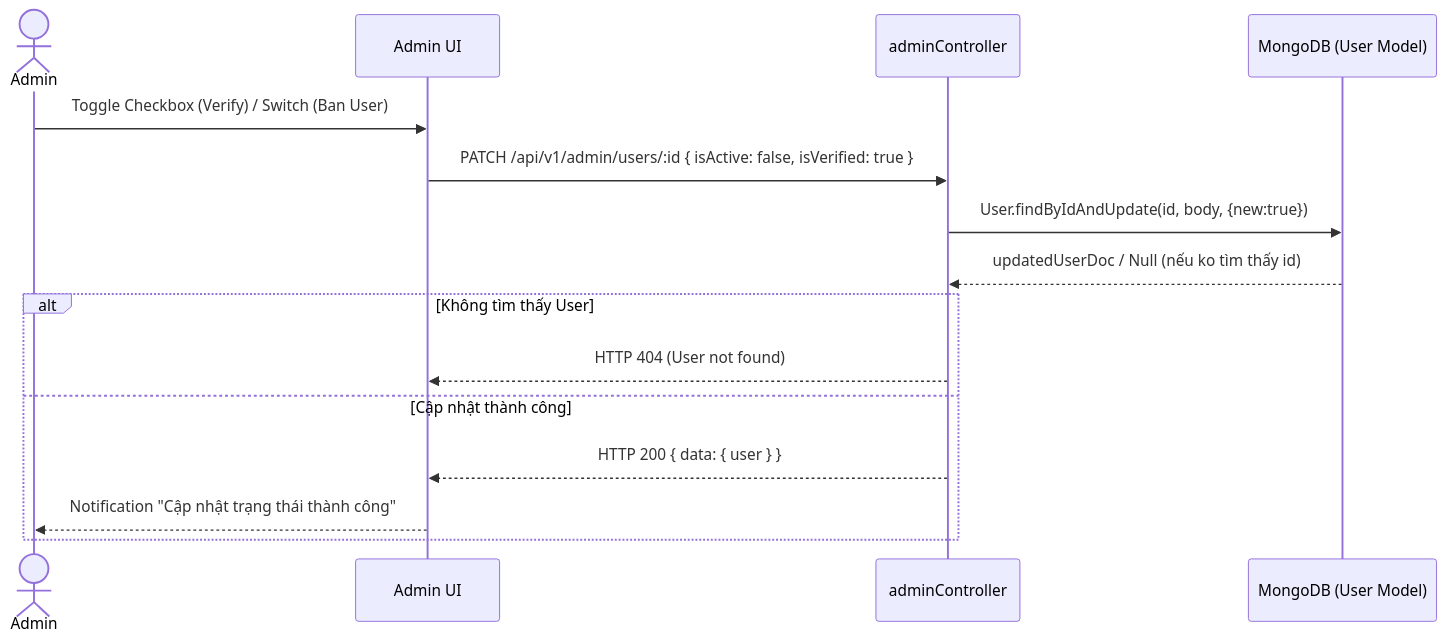
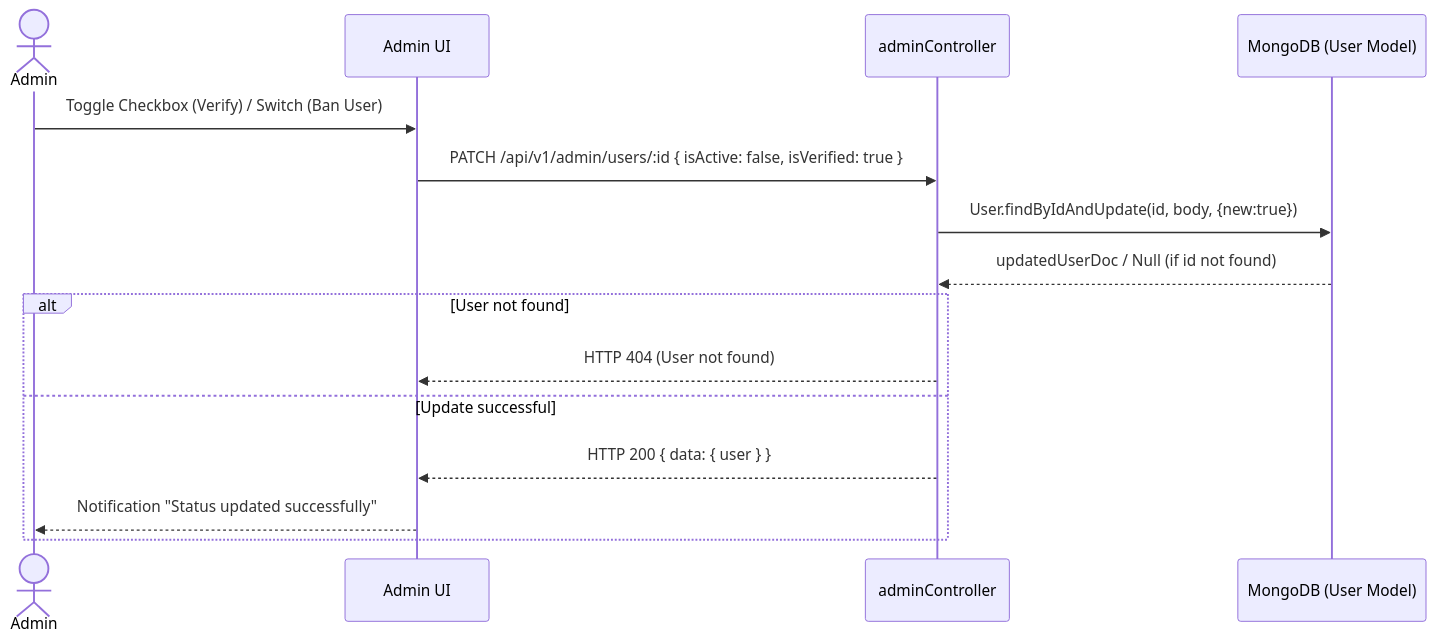
Diagram 12 of 13 in UC_Backend_Design_Details.md (dat-21/SWD392), drawn with Mermaid before and after one commit. The commit also changed other lines of this file and 1 other file, not shown here.

````diff
--- a/UC_Backend_Design_Details.md
+++ b/UC_Backend_Design_Details.md
@@ -295,18 +295,18 @@
 ```mermaid
 sequenceDiagram
     actor Admin
     participant FE as Admin UI
     participant Ctrl as adminController
     participant DB as MongoDB (User Model)
 
     Admin->>FE: Toggle Checkbox (Verify) / Switch (Ban User)
     FE->>Ctrl: PATCH /api/v1/admin/users/:id { isActive: false, isVerified: true }
     Ctrl->>DB: User.findByIdAndUpdate(id, body, {new:true})
-    DB-->>Ctrl: updatedUserDoc / Null (nếu ko tìm thấy id)
-    alt Không tìm thấy User
+    DB-->>Ctrl: updatedUserDoc / Null (if id not found)
+    alt User not found
         Ctrl-->>FE: HTTP 404 (User not found)
-    else Cập nhật thành công
+    else Update successful
         Ctrl-->>FE: HTTP 200 { data: { user } }
-        FE-->>Admin: Notification "Cập nhật trạng thái thành công"
+        FE-->>Admin: Notification "Status updated successfully"
     end
 ```
````
